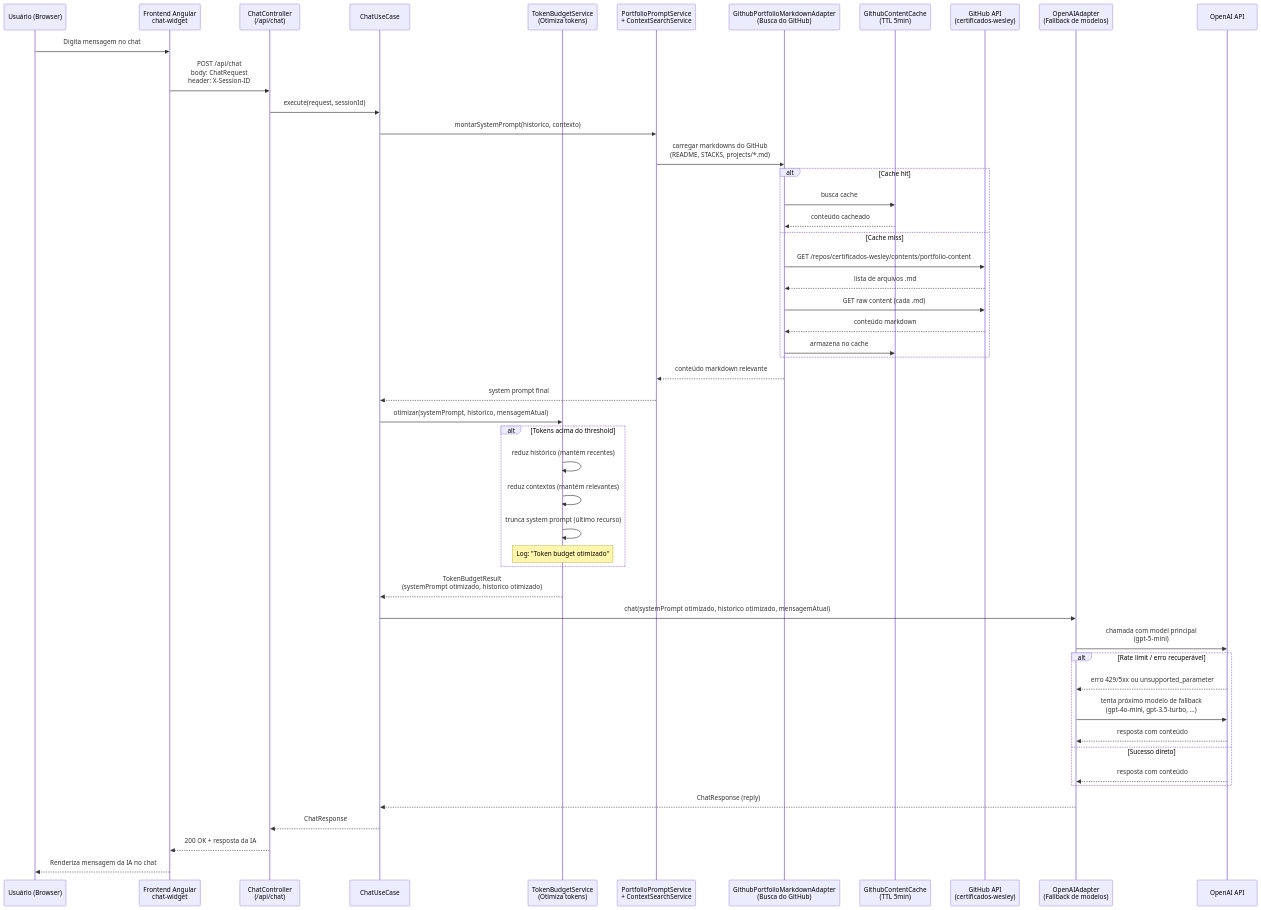
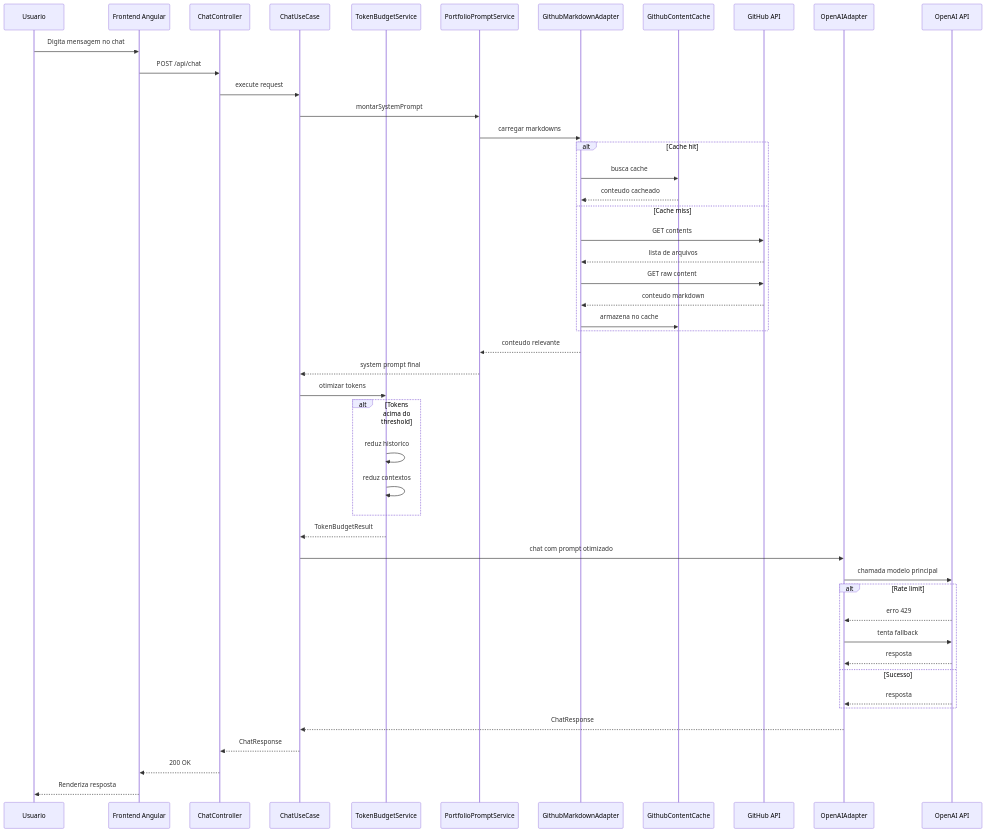
One commit to wmakeouthill/certificados-wesley changed the second of 2 diagrams in portfolio-content/projects/wmakeouthill.github.io.md. Above: the diagram before and after it, drawn with Mermaid. The commit also changed other lines of this file, not shown here.

Commit message:
correcao diagrama mermaid

````diff
--- a/portfolio-content/projects/wmakeouthill.github.io.md
+++ b/portfolio-content/projects/wmakeouthill.github.io.md
@@ -434,60 +434,58 @@
 ```mermaid
 %%{title: "Fluxo do Chat com IA e Integração GitHub"}%%
 sequenceDiagram
-    participant U as Usuário (Browser)
-    participant FW as Frontend Angular<br/>chat-widget
-    participant C as ChatController<br/>(/api/chat)
+    participant U as Usuario
+    participant FW as Frontend Angular
+    participant C as ChatController
     participant UC as ChatUseCase
-    participant TB as TokenBudgetService<br/>(Otimiza tokens)
-    participant PS as PortfolioPromptService<br/>+ ContextSearchService
-    participant GH_MD as GithubPortfolioMarkdownAdapter<br/>(Busca do GitHub)
-    participant CACHE as GithubContentCache<br/>(TTL 5min)
-    participant GH_API as GitHub API<br/>(certificados-wesley)
-    participant AI as OpenAIAdapter<br/>(Fallback de modelos)
+    participant TB as TokenBudgetService
+    participant PS as PortfolioPromptService
+    participant GH_MD as GithubMarkdownAdapter
+    participant CACHE as GithubContentCache
+    participant GH_API as GitHub API
+    participant AI as OpenAIAdapter
     participant OA as OpenAI API
 
     U->>FW: Digita mensagem no chat
-    FW->>C: POST /api/chat<br/>body: ChatRequest<br/>header: X-Session-ID
-    C->>UC: execute(request, sessionId)
+    FW->>C: POST /api/chat
+    C->>UC: execute request
     
-    UC->>PS: montarSystemPrompt(historico, contexto)
-    PS->>GH_MD: carregar markdowns do GitHub<br/>(README, STACKS, projects/*.md)
+    UC->>PS: montarSystemPrompt
+    PS->>GH_MD: carregar markdowns
     
     alt Cache hit
         GH_MD->>CACHE: busca cache
-        CACHE-->>GH_MD: conteúdo cacheado
+        CACHE-->>GH_MD: conteudo cacheado
     else Cache miss
-        GH_MD->>GH_API: GET /repos/certificados-wesley/contents/portfolio-content
-        GH_API-->>GH_MD: lista de arquivos .md
-        GH_MD->>GH_API: GET raw content (cada .md)
-        GH_API-->>GH_MD: conteúdo markdown
+        GH_MD->>GH_API: GET contents
+        GH_API-->>GH_MD: lista de arquivos
+        GH_MD->>GH_API: GET raw content
+        GH_API-->>GH_MD: conteudo markdown
         GH_MD->>CACHE: armazena no cache
     end
     
-    GH_MD-->>PS: conteúdo markdown relevante
+    GH_MD-->>PS: conteudo relevante
     PS-->>UC: system prompt final
 
-    UC->>TB: otimizar(systemPrompt, historico, mensagemAtual)
+    UC->>TB: otimizar tokens
     alt Tokens acima do threshold
-        TB->>TB: reduz histórico (mantém recentes)
-        TB->>TB: reduz contextos (mantém relevantes)
-        TB->>TB: trunca system prompt (último recurso)
-        Note over TB: Log: "Token budget otimizado"
+        TB->>TB: reduz historico
+        TB->>TB: reduz contextos
     end
-    TB-->>UC: TokenBudgetResult<br/>(systemPrompt otimizado, historico otimizado)
+    TB-->>UC: TokenBudgetResult
 
-    UC->>AI: chat(systemPrompt otimizado, historico otimizado, mensagemAtual)
-    AI->>OA: chamada com model principal<br/>(gpt-5-mini)
-    alt Rate limit / erro recuperável
-        OA-->>AI: erro 429/5xx ou unsupported_parameter
-        AI->>OA: tenta próximo modelo de fallback<br/>(gpt-4o-mini, gpt-3.5-turbo, ...)
-        OA-->>AI: resposta com conteúdo
-    else Sucesso direto
-        OA-->>AI: resposta com conteúdo
+    UC->>AI: chat com prompt otimizado
+    AI->>OA: chamada modelo principal
+    alt Rate limit
+        OA-->>AI: erro 429
+        AI->>OA: tenta fallback
+        OA-->>AI: resposta
+    else Sucesso
+        OA-->>AI: resposta
     end
 
-    AI-->>UC: ChatResponse (reply)
+    AI-->>UC: ChatResponse
     UC-->>C: ChatResponse
-    C-->>FW: 200 OK + resposta da IA
-    FW-->>U: Renderiza mensagem da IA no chat
+    C-->>FW: 200 OK
+    FW-->>U: Renderiza resposta
 ```
````
